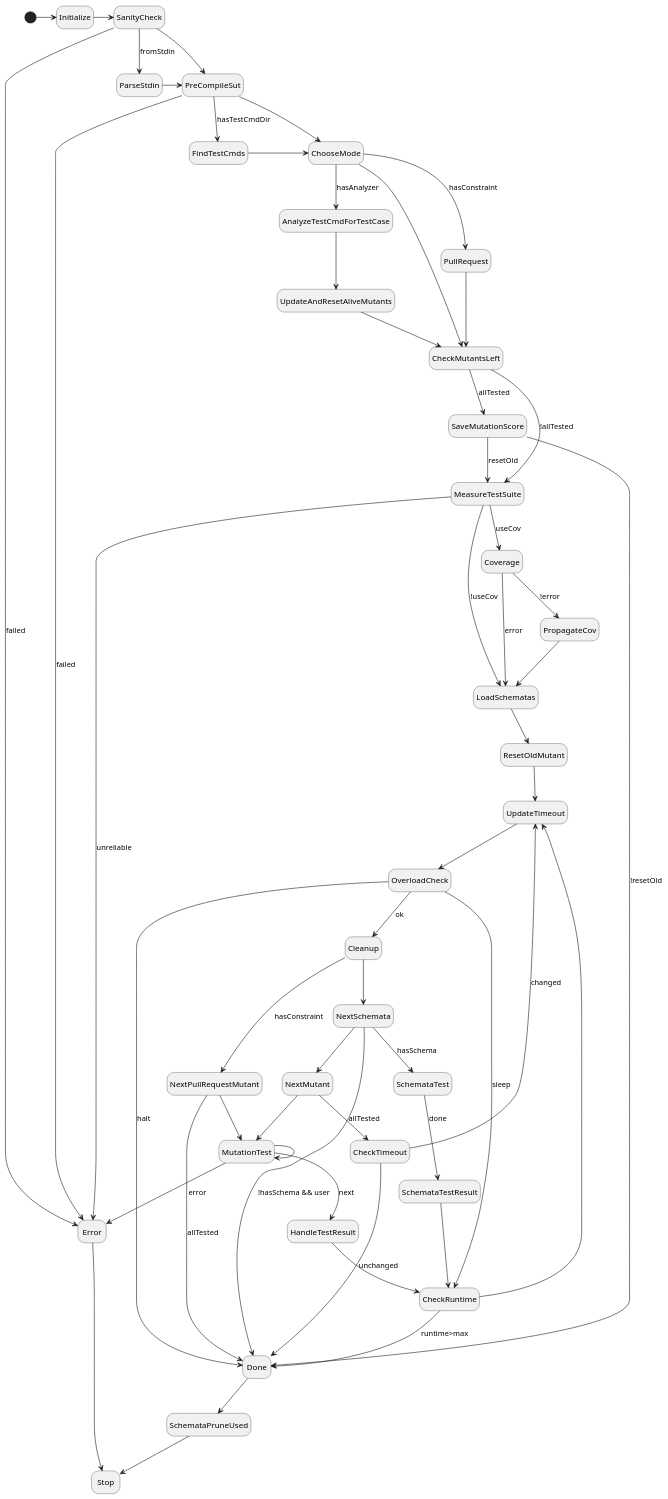
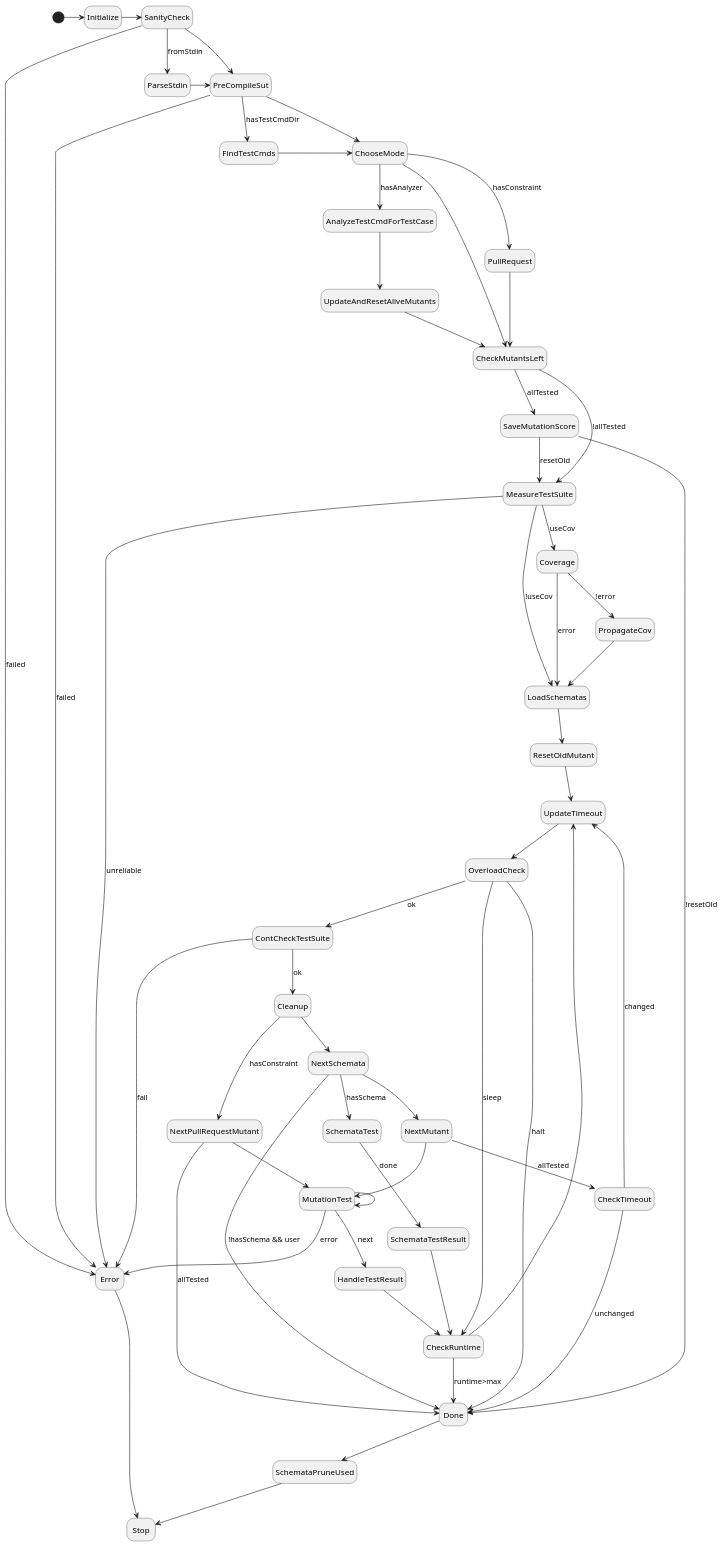
Before and after one commit to joakim-brannstrom/dextool: the diagram in plugin/mutate/doc/design/figures/test_mutant_fsm.pu, drawn with PlantUML. The commit also changed 6 other files, not shown here.

```diff
--- a/plugin/mutate/doc/design/figures/test_mutant_fsm.pu
+++ b/plugin/mutate/doc/design/figures/test_mutant_fsm.pu
@@ -1,84 +1,87 @@
 @startuml
 hide empty description
 
 [*] -> Initialize
 
 Initialize -> SanityCheck
 
 SanityCheck --> Error : failed
 SanityCheck --> ParseStdin : fromStdin
 SanityCheck -> PreCompileSut
 
 ParseStdin -> PreCompileSut
 
 PreCompileSut --> Error : failed
 PreCompileSut --> FindTestCmds : hasTestCmdDir
 PreCompileSut --> ChooseMode
 
 FindTestCmds -> ChooseMode
 
 ChooseMode --> AnalyzeTestCmdForTestCase : hasAnalyzer
 ChooseMode --> PullRequest : hasConstraint
 ChooseMode --> CheckMutantsLeft
 
 PullRequest -> CheckMutantsLeft
 
 AnalyzeTestCmdForTestCase --> UpdateAndResetAliveMutants
 
 UpdateAndResetAliveMutants --> CheckMutantsLeft
 
 UpdateTimeout --> OverloadCheck
 
 OverloadCheck --> CheckRuntime : sleep
 OverloadCheck --> Done : halt
-OverloadCheck --> Cleanup : ok
+OverloadCheck --> ContCheckTestSuite : ok
+
+ContCheckTestSuite --> Cleanup : ok
+ContCheckTestSuite --> Error : fail
 
 Cleanup --> NextSchemata
 Cleanup --> NextPullRequestMutant : hasConstraint
 
 CheckMutantsLeft --> SaveMutationScore : allTested
 CheckMutantsLeft --> MeasureTestSuite : !allTested
 
 SaveMutationScore --> Done : !resetOld
 SaveMutationScore --> MeasureTestSuite : resetOld
 
 MeasureTestSuite --> Error : unreliable
 MeasureTestSuite --> Coverage : useCov
 MeasureTestSuite --> LoadSchematas : !useCov
 
 Coverage --> PropagateCov : !error
 Coverage --> LoadSchematas : error
 PropagateCov --> LoadSchematas
 
 LoadSchematas --> ResetOldMutant
 
 ResetOldMutant --> UpdateTimeout
 
 CheckRuntime --> UpdateTimeout
 CheckRuntime --> Done : runtime>max
 
 NextPullRequestMutant --> MutationTest
 NextPullRequestMutant --> Done : allTested
 
 NextSchemata --> SchemataTest : hasSchema
 NextSchemata --> Done : !hasSchema && user
 NextSchemata --> NextMutant
 SchemataTest --> SchemataTestResult : done
 SchemataTestResult --> CheckRuntime
 
 NextMutant --> CheckTimeout : allTested
 NextMutant --> MutationTest
 MutationTest --> HandleTestResult : next
 MutationTest --> Error : error
 MutationTest --> MutationTest
 
 HandleTestResult --> CheckRuntime
 
 CheckTimeout --> Done : unchanged
 CheckTimeout --> UpdateTimeout : changed
 
 Done --> SchemataPruneUsed
 SchemataPruneUsed --> Stop
 
 Error --> Stop
 @enduml
```
